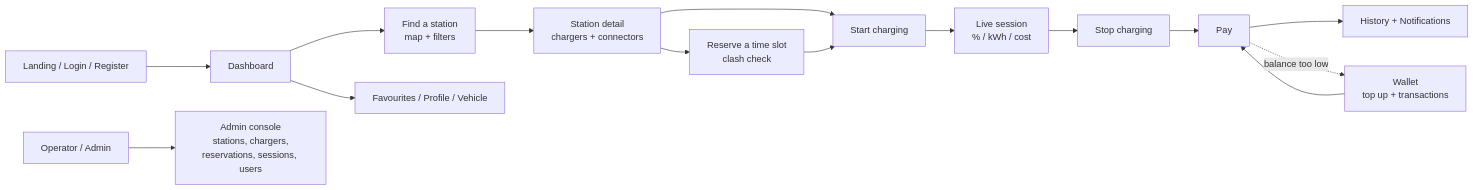
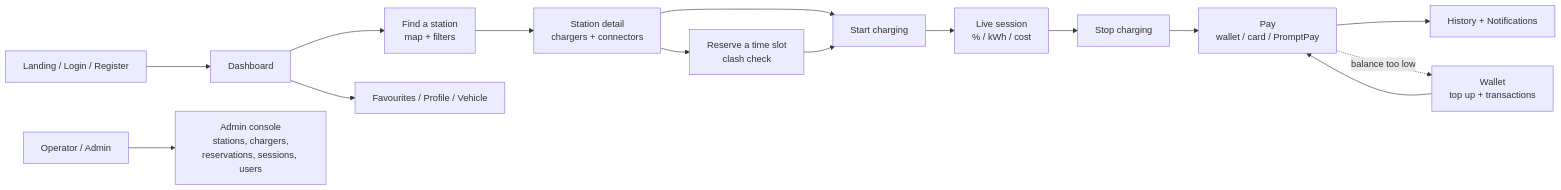
Before and after one commit to raftisz/Ev-charging-app: the fifth of 5 diagrams in docs/system-diagrams.md, drawn with Mermaid. The commit also changed other lines of this file and 4 other files, not shown here.

````diff
--- a/docs/system-diagrams.md
+++ b/docs/system-diagrams.md
@@ -206,17 +206,17 @@
 ```mermaid
 flowchart LR
     A["Landing / Login / Register"] --> B["Dashboard"]
     B --> C["Find a station<br/>map + filters"]
     C --> D["Station detail<br/>chargers + connectors"]
     D --> E["Reserve a time slot<br/>clash check"]
     D --> F["Start charging"]
     E --> F
     F --> G["Live session<br/>% / kWh / cost"]
     G --> H["Stop charging"]
-    H --> I["Pay"]
+    H --> I["Pay<br/>wallet / card / PromptPay"]
     I --> J["History + Notifications"]
     I -.->|"balance too low"| W["Wallet<br/>top up + transactions"]
     W --> I
     B --> K["Favourites / Profile / Vehicle"]
     L["Operator / Admin"] --> M["Admin console<br/>stations, chargers,<br/>reservations, sessions, users"]
 ```
````
